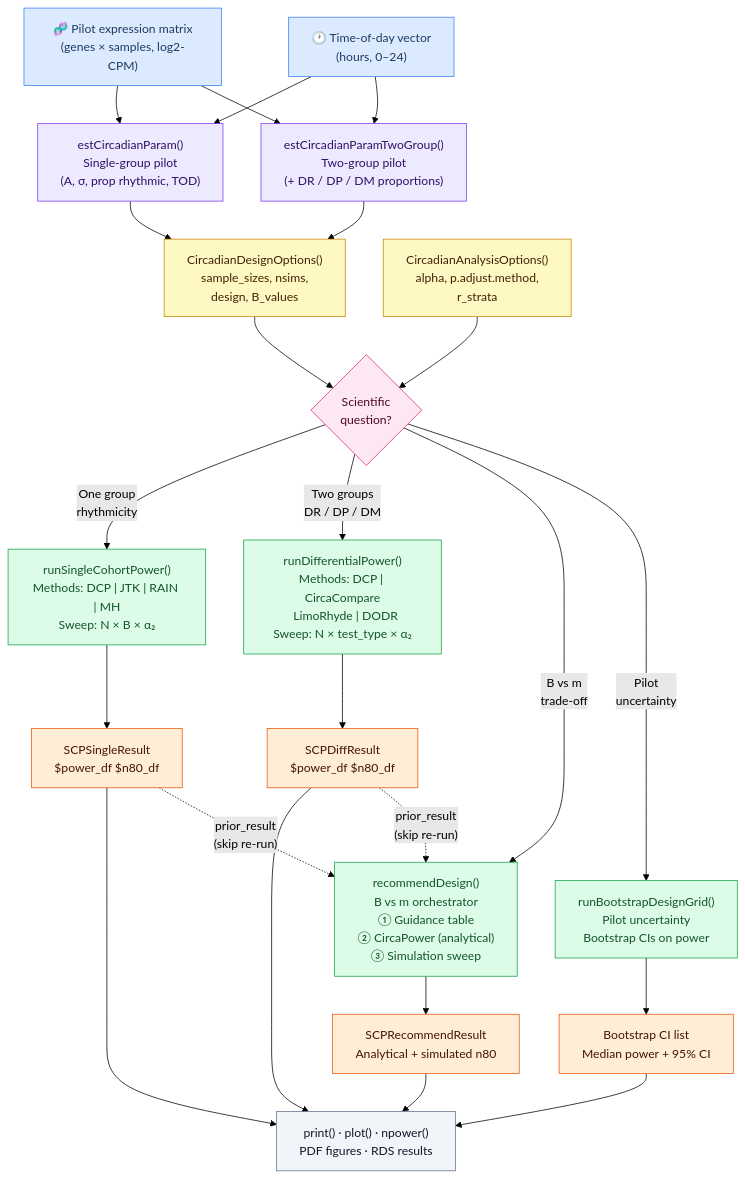
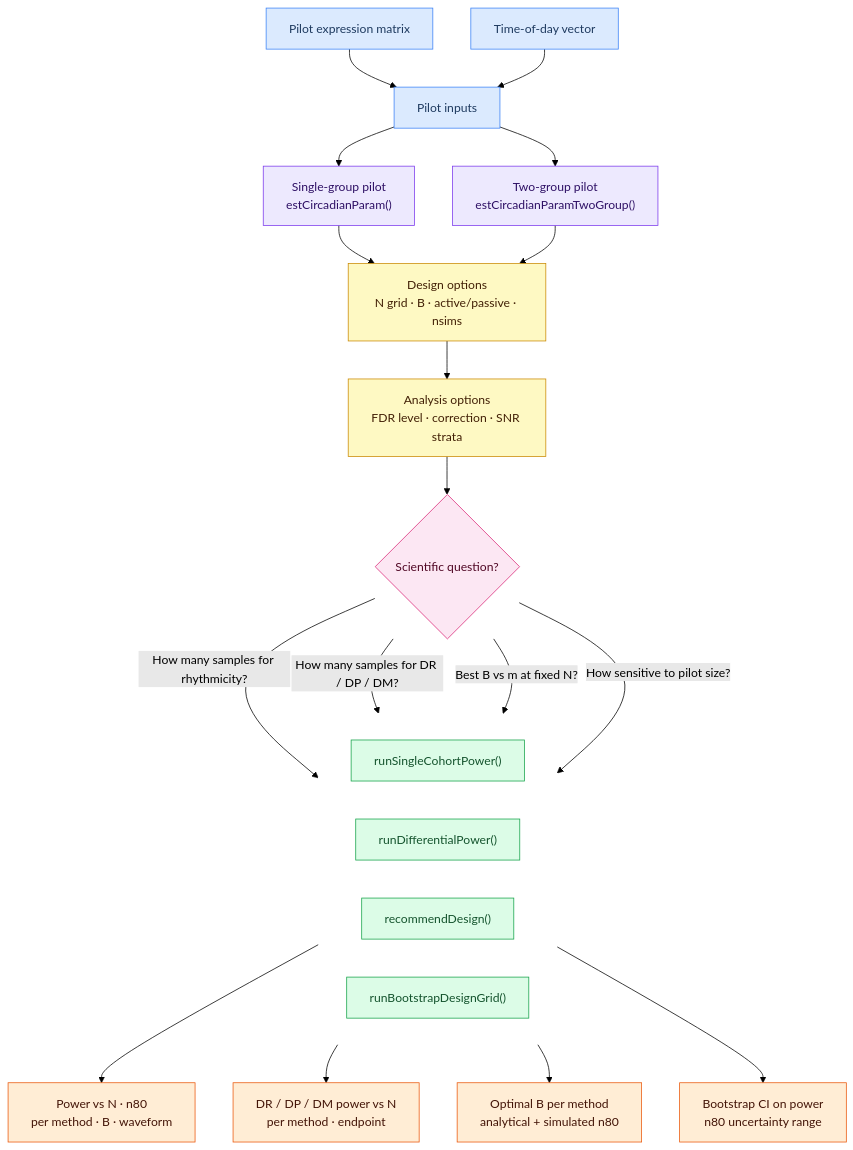
Before and after one commit to quythien/SCP: the diagram in vignettes/SCP_vignette.md, drawn with Mermaid (forest theme). The commit also changed other lines of this file and 4 other files, not shown here.

````diff
--- a/vignettes/SCP_vignette.md
+++ b/vignettes/SCP_vignette.md
@@ -65,71 +65,72 @@
 ```mermaid
 flowchart TD
-    %% ── Inputs ────────────────────────────────────────────────────────
-    A["🧬 Pilot expression matrix\n(genes × samples, log2-CPM)"]
-    B["🕐 Time-of-day vector\n(hours, 0–24)"]
 
-    %% ── Estimation ───────────────────────────────────────────────────
-    C["estCircadianParam()\nSingle-group pilot\n(A, σ, prop rhythmic, TOD)"]
-    D["estCircadianParamTwoGroup()\nTwo-group pilot\n(+ DR / DP / DM proportions)"]
+    A["Pilot expression matrix"]
+    B["Time-of-day vector"]
+    I["Pilot inputs"]
 
-    %% ── Options ──────────────────────────────────────────────────────
-    E["CircadianDesignOptions()\nsample_sizes, nsims,\ndesign, B_values"]
-    F["CircadianAnalysisOptions()\nalpha, p.adjust.method,\nr_strata"]
+    C["Single-group pilot
+estCircadianParam()"]
+    D["Two-group pilot
+estCircadianParamTwoGroup()"]
 
-    %% ── Analysis branches ────────────────────────────────────────────
-    G{"Scientific\nquestion?"}
+    E["Design options
+N grid · B · active/passive · nsims"]
 
-    SC["runSingleCohortPower()\nMethods: DCP | JTK | RAIN | MH\nSweep: N × B × α₂"]
-    DF["runDifferentialPower()\nMethods: DCP | CircaCompare\n  LimoRhyde | DODR\nSweep: N × test_type × α₂"]
-    BM["recommendDesign()\nB vs m orchestrator\n① Guidance table\n② CircaPower (analytical)\n③ Simulation sweep"]
-    BS["runBootstrapDesignGrid()\nPilot uncertainty\nBootstrap CIs on power"]
+    F["Analysis options
+FDR level · correction · SNR strata"]
 
-    %% ── Results ──────────────────────────────────────────────────────
-    R1["SCPSingleResult\n$power_df  $n80_df"]
-    R2["SCPDiffResult\n$power_df  $n80_df"]
-    R3["SCPRecommendResult\nAnalytical + simulated n80"]
-    R4["Bootstrap CI list\nMedian power + 95% CI"]
+    G{"Scientific question?"}
 
-    %% ── Outputs ──────────────────────────────────────────────────────
-    O["print() · plot() · npower()\nPDF figures · RDS results"]
+    subgraph RUNNERS[" "]
+        direction LR
+        SC["runSingleCohortPower()"]
+        DF["runDifferentialPower()"]
+        BM["recommendDesign()"]
+        BS["runBootstrapDesignGrid()"]
+    end
 
-    %% ── Flow ─────────────────────────────────────────────────────────
-    A & B --> C
-    A & B --> D
+    R1["Power vs N · n80
+per method · B · waveform"]
+    R2["DR / DP / DM power vs N
+per method · endpoint"]
+    R3["Optimal B per method
+analytical + simulated n80"]
+    R4["Bootstrap CI on power
+n80 uncertainty range"]
+
+    A --> I
+    B --> I
+    I --> C
+    I --> D
     C --> E
     D --> E
-    E & F --> G
+    E --> F
+    F --> G
 
-    G -- "One group\nrhythmicity" --> SC
-    G -- "Two groups\nDR / DP / DM" --> DF
-    G -- "B vs m\ntrade-off" --> BM
-    G -- "Pilot\nuncertainty" --> BS
+    G -- "How many samples for rhythmicity?" --> SC
+    G -- "How many samples for DR / DP / DM?" --> DF
+    G -- "Best B vs m at fixed N?" --> BM
+    G -- "How sensitive to pilot size?" --> BS
 
     SC --> R1
     DF --> R2
     BM --> R3
     BS --> R4
 
-    R1 & R2 & R3 & R4 --> O
-
-    %% ── Re-use arrow ─────────────────────────────────────────────────
-    R1 -. "prior_result\n(skip re-run)" .-> BM
-    R2 -. "prior_result\n(skip re-run)" .-> BM
-
-    %% ── Styles ───────────────────────────────────────────────────────
     classDef input   fill:#dbeafe,stroke:#3b82f6,color:#1e3a5f
     classDef est     fill:#ede9fe,stroke:#7c3aed,color:#2e1065
     classDef opts    fill:#fef9c3,stroke:#ca8a04,color:#422006
+    classDef decide  fill:#fce7f3,stroke:#db2777,color:#500724
     classDef runner  fill:#dcfce7,stroke:#16a34a,color:#14532d
     classDef result  fill:#ffedd5,stroke:#ea580c,color:#431407
-    classDef output  fill:#f1f5f9,stroke:#64748b,color:#0f172a
-    classDef decide  fill:#fce7f3,stroke:#db2777,color:#500724
+    classDef hidden  fill:none,stroke:none,color:none
 
-    class A,B input
+    class A,B,I input
     class C,D est
     class E,F opts
     class G decide
     class SC,DF,BM,BS runner
     class R1,R2,R3,R4 result
-    class O output
+    class RUNNERS hidden
 ```
````
